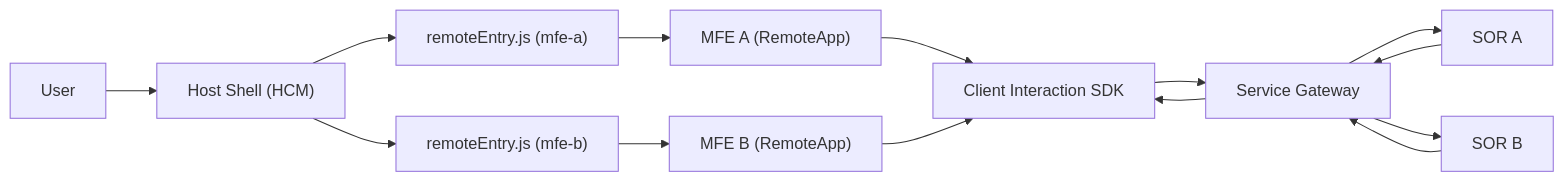
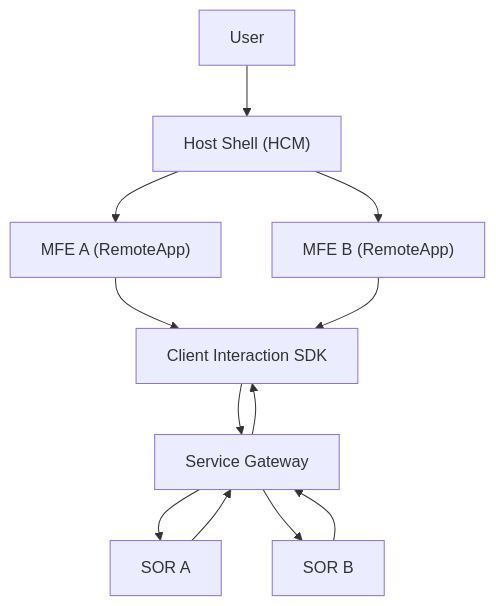
Before and after one commit to davidpintos/mfe-lab: the diagram in README.md, drawn with Mermaid.

Commit message:
Modifying graph

````diff
--- a/README.md
+++ b/README.md
@@ -1,24 +1,20 @@
 ```mermaid
-flowchart LR
+flowchart TD
   U["User"] --> H["Host Shell (HCM)"]
 
-  H --> REA["remoteEntry.js (mfe-a)"]
-  H --> REB["remoteEntry.js (mfe-b)"]
-
-  REA --> A["MFE A (RemoteApp)"]
-  REB --> B["MFE B (RemoteApp)"]
+  H --> A["MFE A (RemoteApp)"]
+  H --> B["MFE B (RemoteApp)"]
 
   A --> SDK["Client Interaction SDK"]
   B --> SDK
 
   SDK --> GW["Service Gateway"]
 
   GW --> SORA["SOR A"]
   GW --> SORB["SOR B"]
 
   SORA --> GW
   SORB --> GW
 
   GW --> SDK
-
 ```
````
